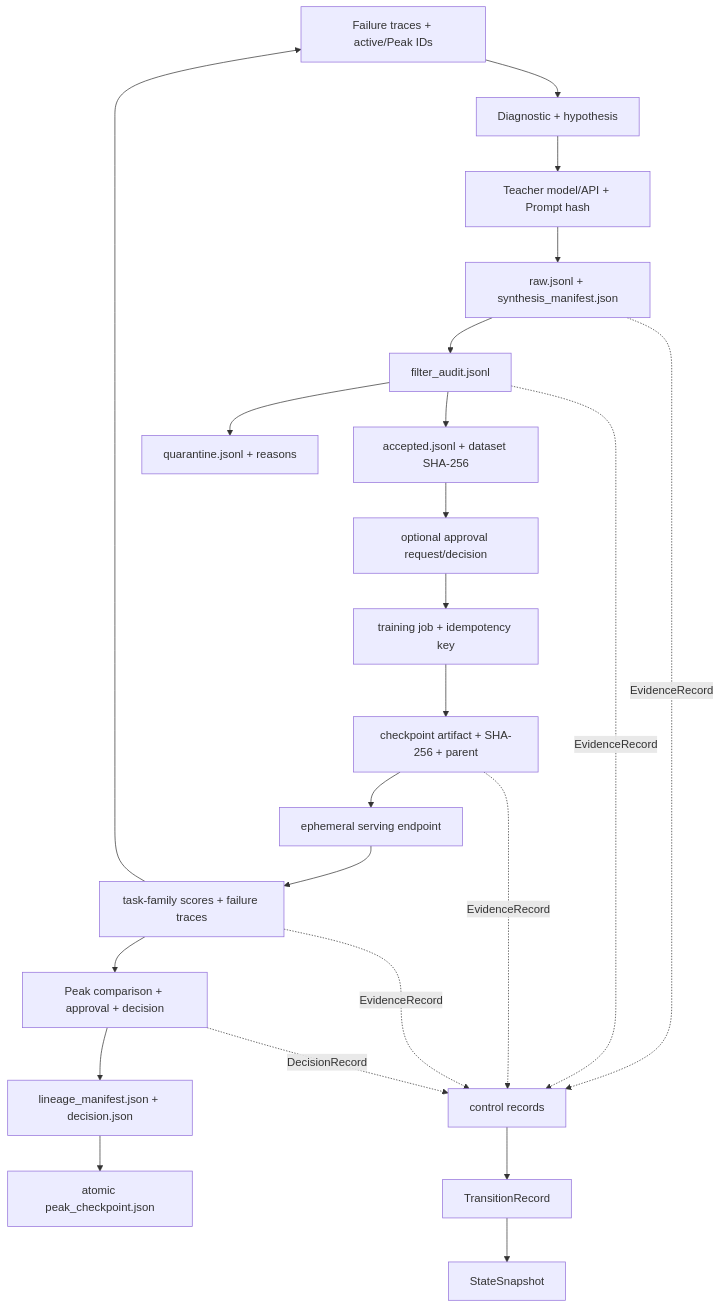
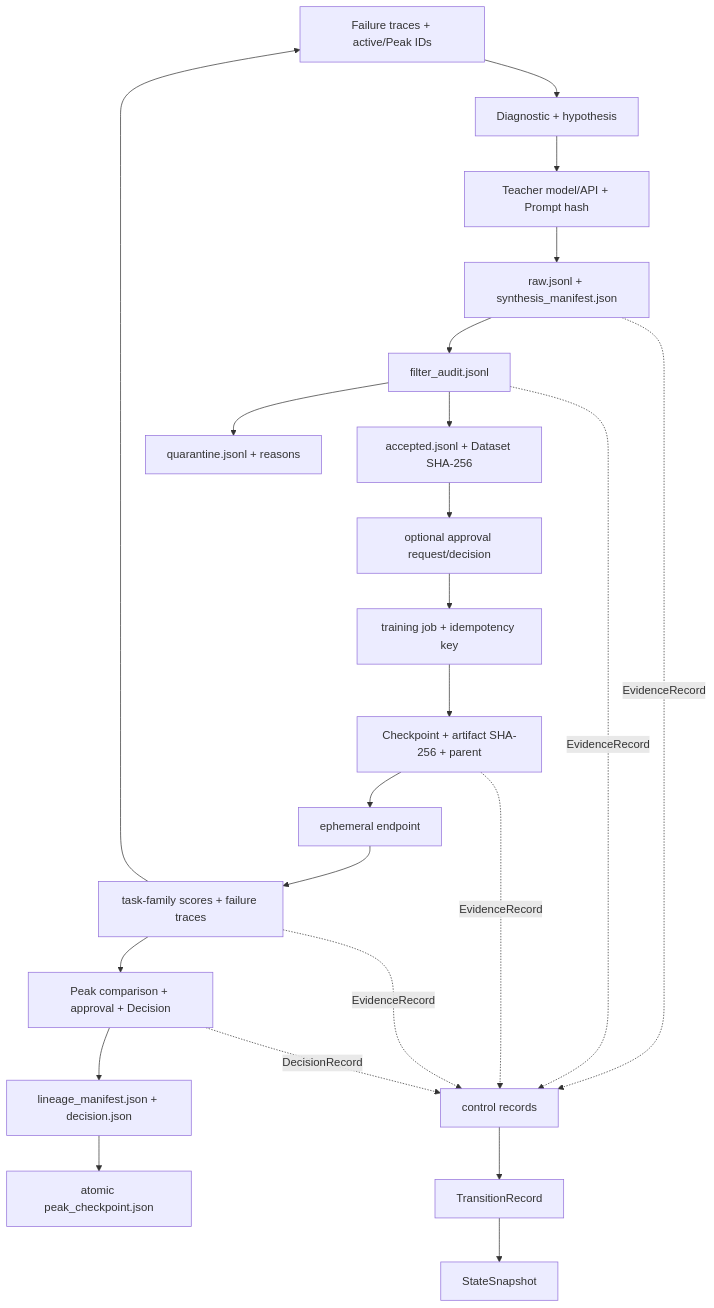
One commit to ed3c/post-training-rsi-pipeline changed the eighth of 8 diagrams in README.md. Above: the diagram before and after it, drawn with Mermaid. The commit also changed other lines of this file, not shown here.

Commit message:
docs(readme): map PR 3 policy into directory State Machine and data flow

````diff
--- a/README.md
+++ b/README.md
@@ -272,26 +309,26 @@
 ```mermaid
 flowchart TD
     FT[Failure traces + active/Peak IDs] --> DH[Diagnostic + hypothesis]
     DH --> TP[Teacher model/API + Prompt hash]
     TP --> RAW[raw.jsonl + synthesis_manifest.json]
     RAW --> FD[filter_audit.jsonl]
-    FD --> ACC[accepted.jsonl + dataset SHA-256]
+    FD --> ACC[accepted.jsonl + Dataset SHA-256]
     FD --> Q[quarantine.jsonl + reasons]
     ACC --> AR[optional approval request/decision]
     AR --> TJ[training job + idempotency key]
-    TJ --> CK[checkpoint artifact + SHA-256 + parent]
-    CK --> EP[ephemeral serving endpoint]
+    TJ --> CK[Checkpoint + artifact SHA-256 + parent]
+    CK --> EP[ephemeral endpoint]
     EP --> EV[task-family scores + failure traces]
-    EV --> DC[Peak comparison + approval + decision]
+    EV --> DC[Peak comparison + approval + Decision]
     DC --> LM[lineage_manifest.json + decision.json]
     LM --> PP[atomic peak_checkpoint.json]
     EV --> FT
 
     RAW -. EvidenceRecord .-> CR[control records]
     FD -. EvidenceRecord .-> CR
     CK -. EvidenceRecord .-> CR
     EV -. EvidenceRecord .-> CR
     DC -. DecisionRecord .-> CR
     CR --> TR[TransitionRecord]
     TR --> SS[StateSnapshot]
 ```
````
